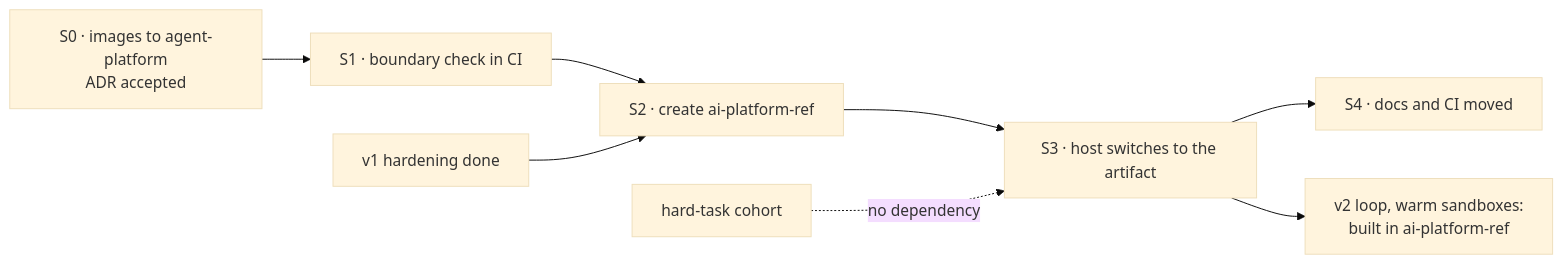
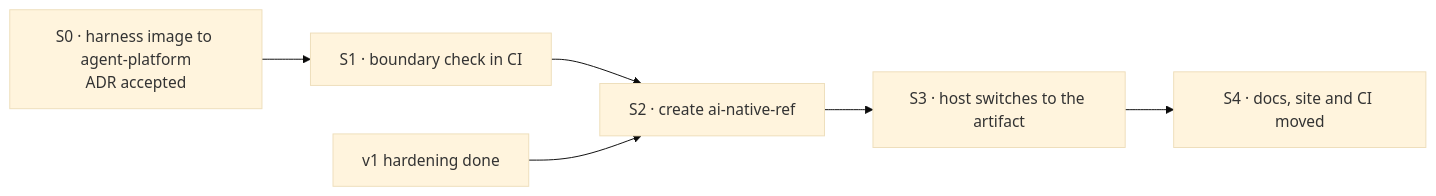
Before and after one commit to Smana/cloud-native-ref: the fourth of 4 diagrams in docs/superpowers/specs/2026-10-12-ai-platform-split-design.md, drawn with Mermaid (base theme). The commit also changed other lines of this file and 3 other files, not shown here.

First line of the commit message:
📝 docs(ai-platform): ai-native-ref with its own site, and review fixes

````diff
--- a/docs/superpowers/specs/2026-10-12-ai-platform-split-design.md
+++ b/docs/superpowers/specs/2026-10-12-ai-platform-split-design.md
@@ -185,10 +246,8 @@
 ```mermaid
 flowchart LR
-  S0["S0 · images to agent-platform<br/>ADR accepted"] --> S1["S1 · boundary check in CI"]
-  S1 --> S2["S2 · create ai-platform-ref"]
+  S0["S0 · harness image to agent-platform<br/>ADR accepted"] --> S1["S1 · boundary check in CI"]
+  S1 --> S2["S2 · create ai-native-ref"]
   H["v1 hardening done"] --> S2
   S2 --> S3["S3 · host switches to the artifact"]
-  S3 --> S4["S4 · docs and CI moved"]
-  S3 --> V2["v2 loop, warm sandboxes:<br/>built in ai-platform-ref"]
-  C["hard-task cohort"] -.->|no dependency| S3
+  S3 --> S4["S4 · docs, site and CI moved"]
 ```
````
